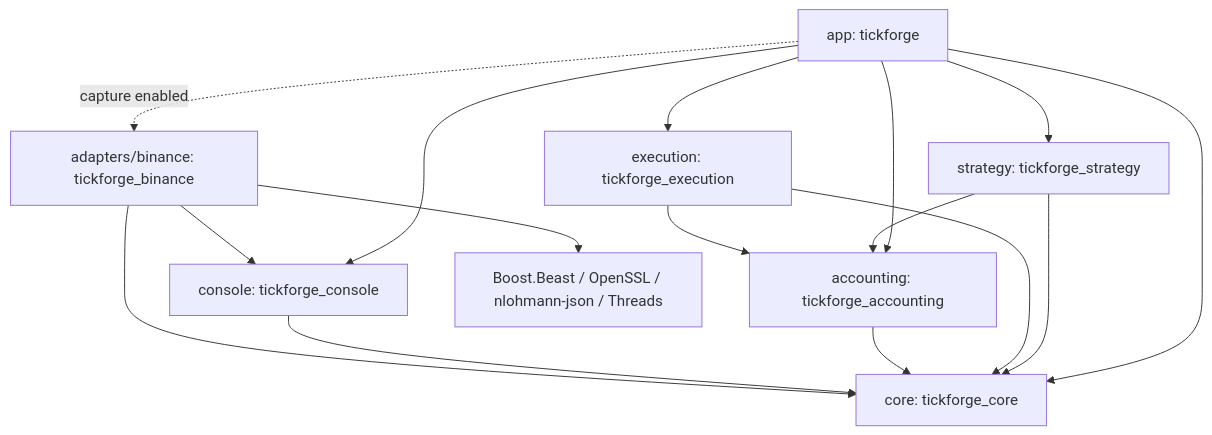
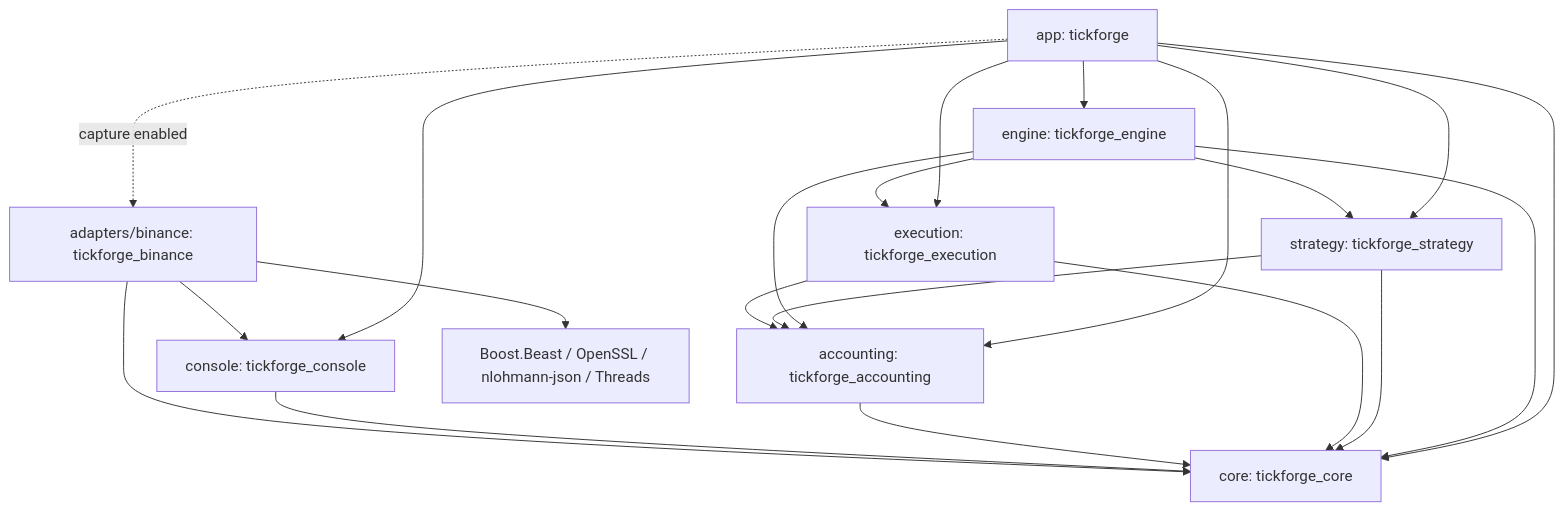
One commit to Prorok1015/tickforge changed the first of 3 diagrams in docs/code-map.md. Above: the diagram before and after it, drawn with Mermaid. The commit also changed other lines of this file and 12 other files, not shown here.

First line of the commit message:
refactor: extract the per-event loop into tickforge_engine

````diff
--- a/docs/code-map.md
+++ b/docs/code-map.md
@@ -75,18 +80,23 @@
 ```mermaid
 flowchart TD
     App["app: tickforge"] --> Core["core: tickforge_core"]
     App --> Console["console: tickforge_console"]
     App --> Execution["execution: tickforge_execution"]
     App --> Accounting["accounting: tickforge_accounting"]
     App --> Strategy["strategy: tickforge_strategy"]
+    App --> Engine["engine: tickforge_engine"]
+    Engine --> Execution
+    Engine --> Strategy
+    Engine --> Accounting
+    Engine --> Core
     Strategy --> Accounting
     Strategy --> Core
     Execution --> Accounting
     Execution --> Core
     Accounting --> Core
     App -. "capture enabled" .-> Live["adapters/binance: tickforge_binance"]
     Console --> Core
     Live --> Core
     Live --> Console
     Live --> External["Boost.Beast / OpenSSL / nlohmann-json / Threads"]
 ```
````
